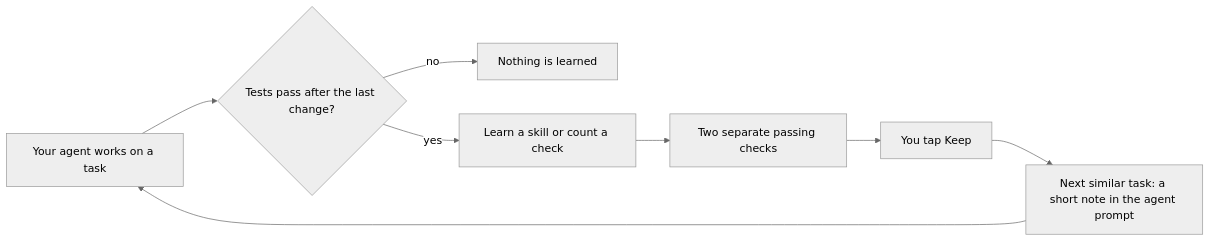
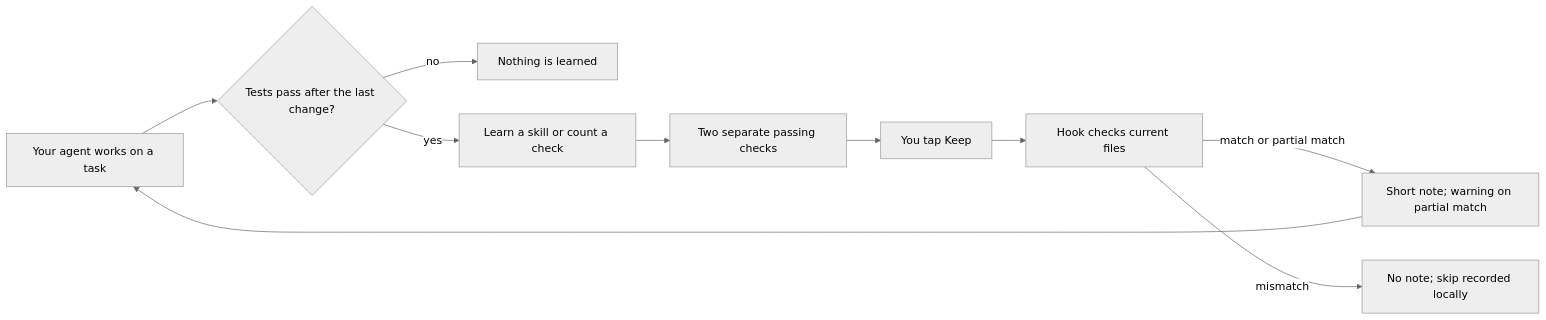
Before and after one commit to TheWariend/MuscleMemory: the diagram in README.md, drawn with Mermaid (neutral theme). The commit also changed other lines of this file and 6 other files, not shown here.

Commit message:
Document workspace scope and current skill checks

````diff
--- a/README.md
+++ b/README.md
@@ -62,10 +62,12 @@
 ```mermaid
 flowchart LR
     A["Your agent works on a task"] --> B{"Tests pass after the last change?"}
     B -- no --> C["Nothing is learned"]
     B -- yes --> D["Learn a skill or count a check"]
     D --> E["Two separate passing checks"]
     E --> F["You tap Keep"]
-    F --> G["Next similar task: a short note in the agent prompt"]
+    F --> H["Hook checks current files"]
+    H -->|"match or partial match"| G["Short note; warning on partial match"]
+    H -->|"mismatch"| I["No note; skip recorded locally"]
     G --> A
 ```
````
